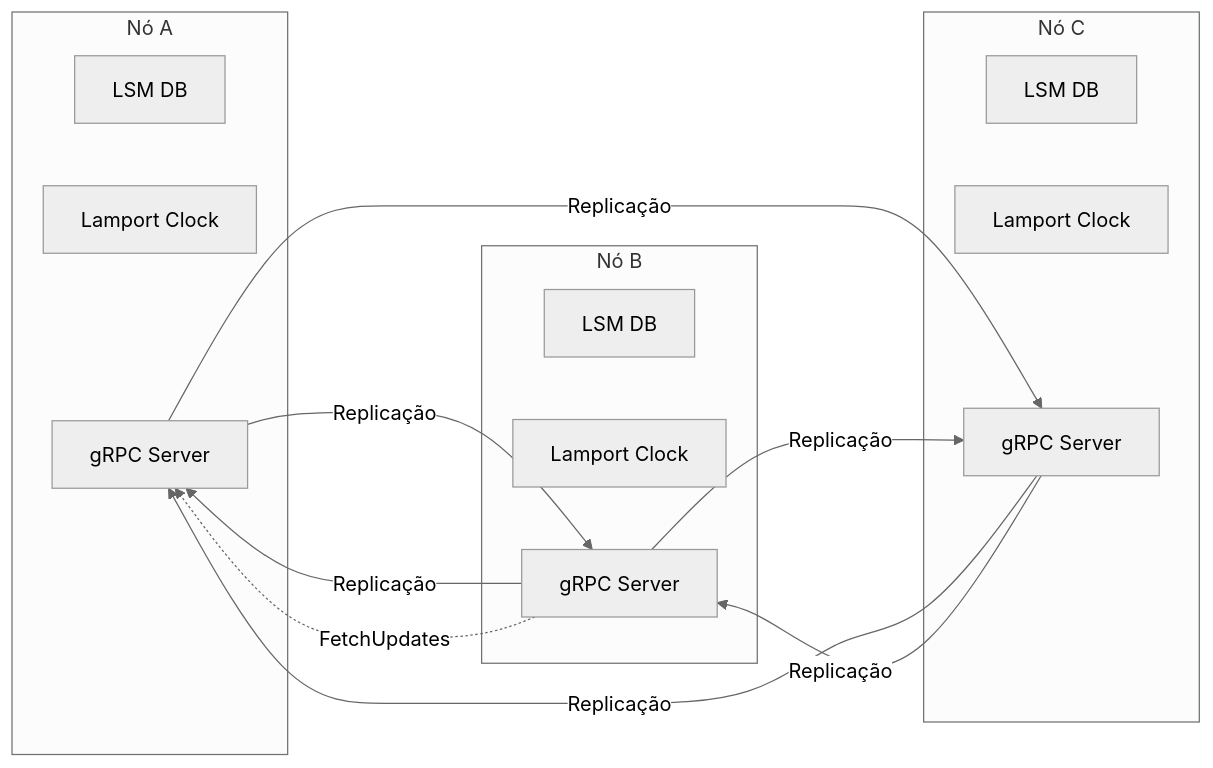
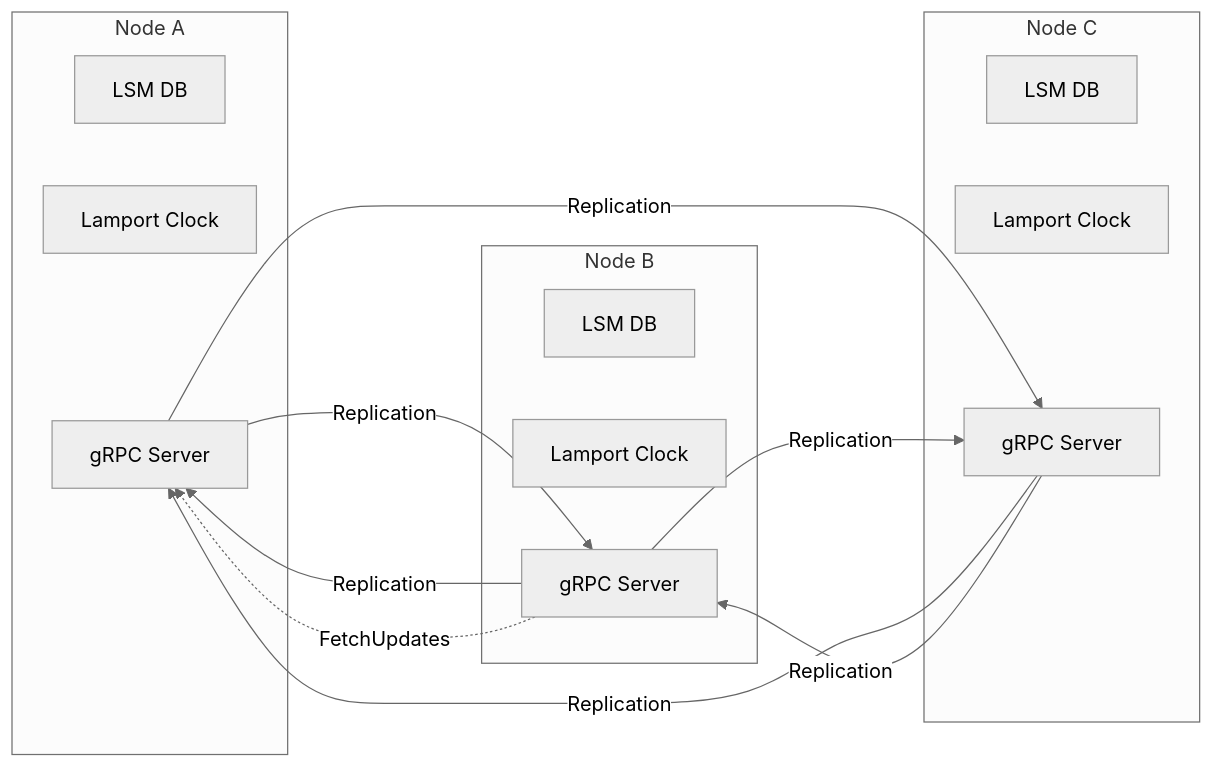
The first of 6 diagrams in README.md (diegomrodrigues2/relational_distributed_database), drawn with Mermaid (neutral theme) before and after one commit. The commit also changed other lines of this file and 1 other file, not shown here.

````diff
--- a/README.md
+++ b/README.md
@@ -7,25 +7,25 @@
 ```mermaid
 flowchart LR
-    subgraph Node_A["Nó A"]
+    subgraph Node_A["Node A"]
         ADB["LSM DB"]
         AClock["Lamport Clock"]
         AServer["gRPC Server"]
     end
-    subgraph Node_B["Nó B"]
+    subgraph Node_B["Node B"]
         BDB["LSM DB"]
         BClock["Lamport Clock"]
         BServer["gRPC Server"]
     end
-    subgraph Node_C["Nó C"]
+    subgraph Node_C["Node C"]
         CDB["LSM DB"]
         CClock["Lamport Clock"]
         CServer["gRPC Server"]
     end
-    AServer -- Replicação --> BServer
-    AServer -- Replicação --> CServer
-    BServer -- Replicação --> AServer
-    BServer -- Replicação --> CServer
-    CServer -- Replicação --> AServer
-    CServer -- Replicação --> BServer
+    AServer -- Replication --> BServer
+    AServer -- Replication --> CServer
+    BServer -- Replication --> AServer
+    BServer -- Replication --> CServer
+    CServer -- Replication --> AServer
+    CServer -- Replication --> BServer
     BServer -. FetchUpdates .-> AServer
 ```
````
